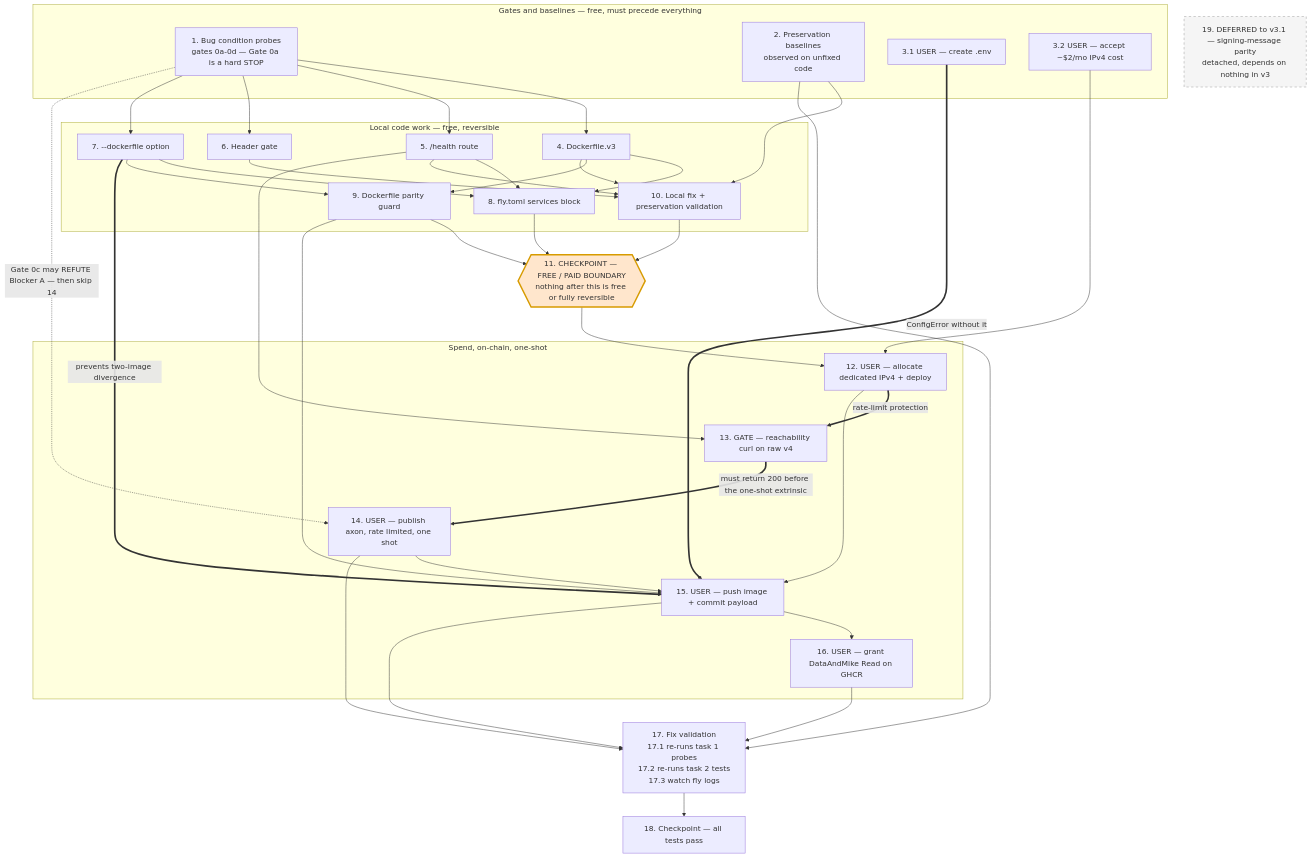
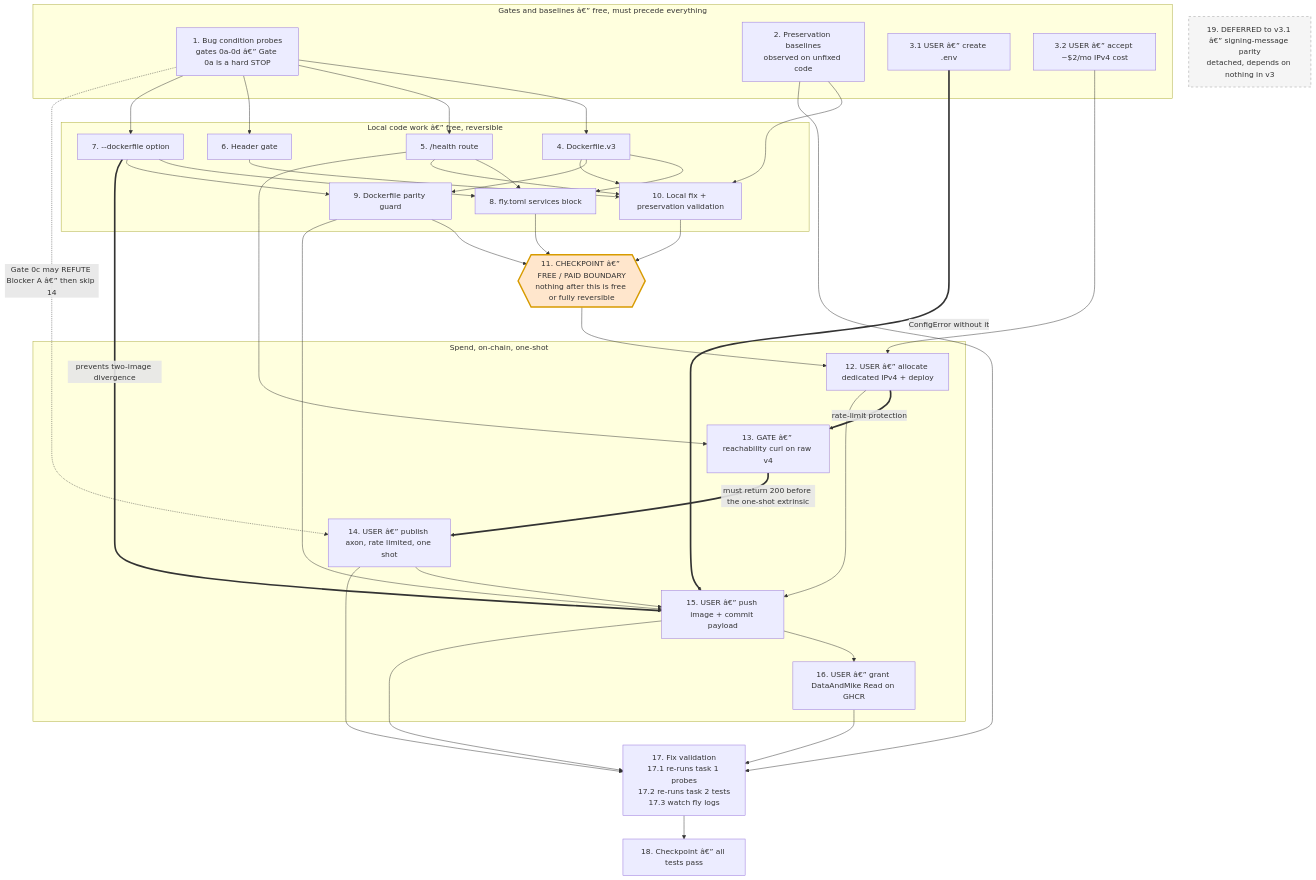
One commit to fapulito/ibmbob changed the diagram in .kiro/specs/cricket-miner-v3/tasks.md. Above: the diagram before and after it, drawn with Mermaid. The commit also changed other lines of this file, not shown here.

Commit message:
Complete tasks 15-16: image pushed to GHCR, commitment live, GHCR access confirmed

````diff
--- a/.kiro/specs/cricket-miner-v3/tasks.md
+++ b/.kiro/specs/cricket-miner-v3/tasks.md
@@ -24,78 +24,78 @@
 ```mermaid
 graph TD
-    subgraph GATES["Gates and baselines — free, must precede everything"]
-        T1["1. Bug condition probes<br/>gates 0a-0d — Gate 0a is a hard STOP"]
+    subgraph GATES["Gates and baselines â€” free, must precede everything"]
+        T1["1. Bug condition probes<br/>gates 0a-0d â€” Gate 0a is a hard STOP"]
         T2["2. Preservation baselines<br/>observed on unfixed code"]
-        T31["3.1 USER — create .env"]
-        T32["3.2 USER — accept ~$2/mo IPv4 cost"]
+        T31["3.1 USER â€” create .env"]
+        T32["3.2 USER â€” accept ~$2/mo IPv4 cost"]
     end
 
-    subgraph LOCAL["Local code work — free, reversible"]
+    subgraph LOCAL["Local code work â€” free, reversible"]
         T4["4. Dockerfile.v3"]
         T5["5. /health route"]
         T6["6. Header gate"]
         T7["7. --dockerfile option"]
         T8["8. fly.toml services block"]
         T9["9. Dockerfile parity guard"]
         T10["10. Local fix + preservation validation"]
     end
 
-    T11{{"11. CHECKPOINT — FREE / PAID BOUNDARY<br/>nothing after this is free or fully reversible"}}
+    T11{{"11. CHECKPOINT â€” FREE / PAID BOUNDARY<br/>nothing after this is free or fully reversible"}}
 
     subgraph PAID["Spend, on-chain, one-shot"]
-        T12["12. USER — allocate dedicated IPv4 + deploy"]
-        T13["13. GATE — reachability curl on raw v4"]
-        T14["14. USER — publish axon, rate limited, one shot"]
-        T15["15. USER — push image + commit payload"]
-        T16["16. USER — grant DataAndMike Read on GHCR"]
+        T12["12. USER â€” allocate dedicated IPv4 + deploy"]
+        T13["13. GATE â€” reachability curl on raw v4"]
+        T14["14. USER â€” publish axon, rate limited, one shot"]
+        T15["15. USER â€” push image + commit payload"]
+        T16["16. USER â€” grant DataAndMike Read on GHCR"]
     end
 
     T17["17. Fix validation<br/>17.1 re-runs task 1 probes<br/>17.2 re-runs task 2 tests<br/>17.3 watch fly logs"]
-    T18["18. Checkpoint — all tests pass"]
-    T19["19. DEFERRED to v3.1 — signing-message parity<br/>detached, depends on nothing in v3"]
+    T18["18. Checkpoint â€” all tests pass"]
+    T19["19. DEFERRED to v3.1 â€” signing-message parity<br/>detached, depends on nothing in v3"]
 
     T1 --> T4
     T1 --> T5
     T1 --> T6
     T1 --> T7
-    T1 -.->|"Gate 0c may REFUTE Blocker A — then skip 14"| T14
+    T1 -.->|"Gate 0c may REFUTE Blocker A â€” then skip 14"| T14
 
     T2 --> T10
     T2 --> T17
 
     T4 --> T8
     T5 --> T8
     T7 --> T8
     T4 --> T9
     T7 --> T9
     T4 --> T10
     T5 --> T10
     T6 --> T10
     T5 --> T13
 
     T8 --> T11
     T9 --> T11
     T10 --> T11
 
     T11 --> T12
     T32 --> T12
     T12 ==>|"rate-limit protection"| T13
     T13 ==>|"must return 200 before the one-shot extrinsic"| T14
 
     T7 ==>|"prevents two-image divergence"| T15
     T31 ==>|"ConfigError without it"| T15
     T9 --> T15
     T12 --> T15
     T14 --> T15
 
     T15 --> T16
     T14 --> T17
     T15 --> T17
     T16 --> T17
     T17 --> T18
 
     classDef boundary fill:#ffe6cc,stroke:#d79b00,stroke-width:3px
     classDef deferred fill:#f5f5f5,stroke:#999999,stroke-dasharray: 5 5
     class T11 boundary
     class T19 deferred
 ```
````
